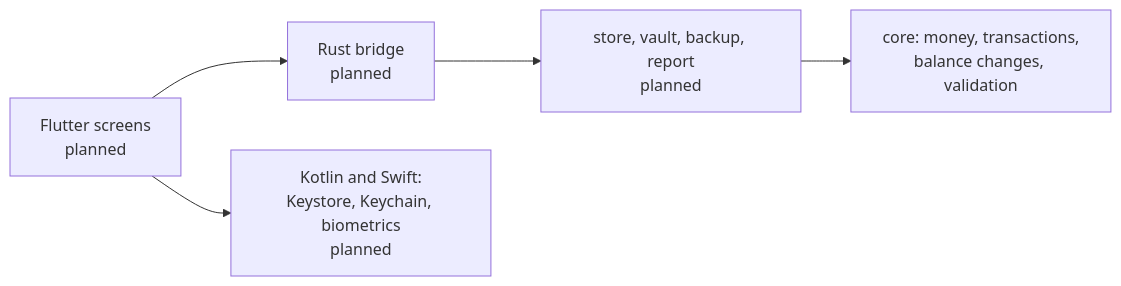
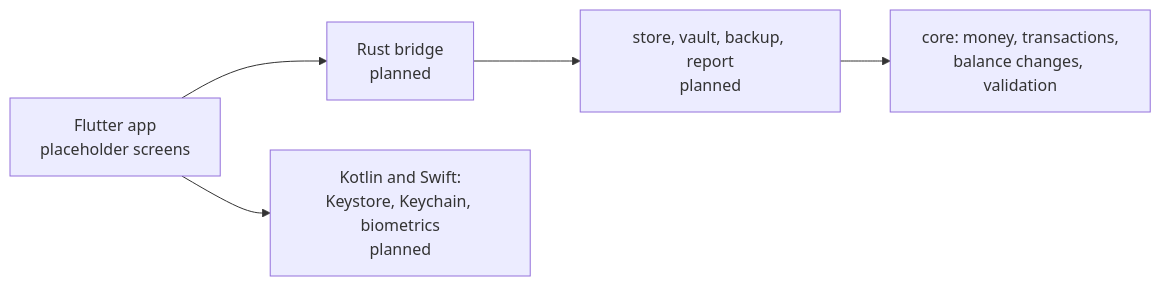
One commit to jabbott-iii/DenariiDolor changed the diagram in README.md. Above: the diagram before and after it, drawn with Mermaid. The commit also changed other lines of this file and 88 other files, not shown here.

````diff
--- a/README.md
+++ b/README.md
@@ -179,5 +179,5 @@
 ```mermaid
 flowchart LR
-    UI[Flutter screens<br/>planned] --> BR[Rust bridge<br/>planned] --> ST[store, vault, backup, report<br/>planned] --> CO[core: money, transactions,<br/>balance changes, validation]
+    UI[Flutter app<br/>placeholder screens] --> BR[Rust bridge<br/>planned] --> ST[store, vault, backup, report<br/>planned] --> CO[core: money, transactions,<br/>balance changes, validation]
     UI --> PL[Kotlin and Swift:<br/>Keystore, Keychain, biometrics<br/>planned]
 ```
````
